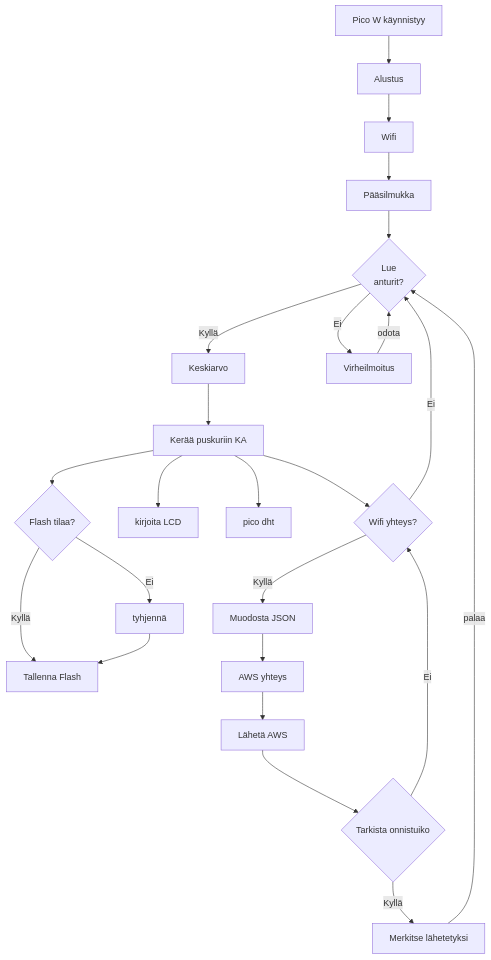
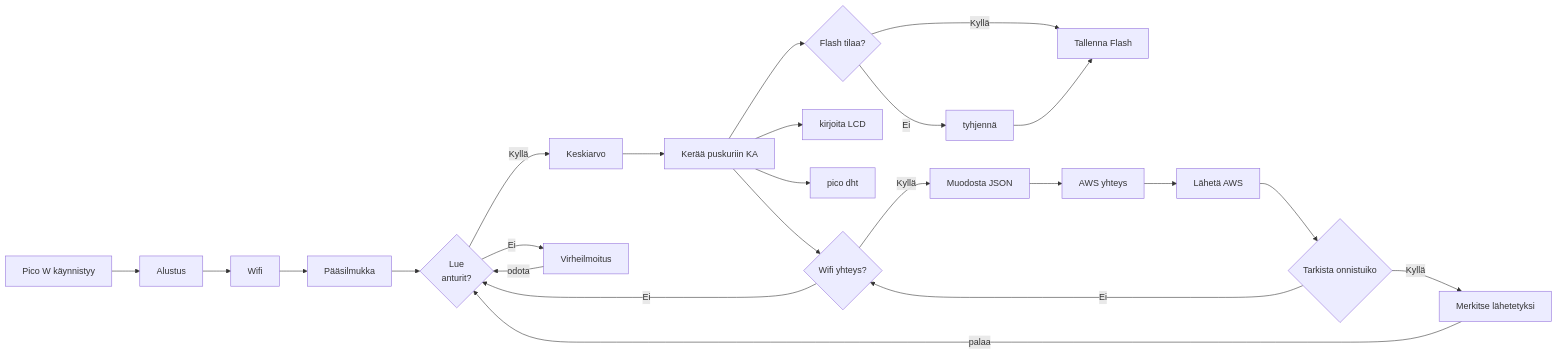
Before and after one commit to nnoaaq/AT00BY06: the diagram in jaana/charts/flowchart_petrin_pico.md, drawn with Mermaid.

Commit message:
Change flowchart direction from TD to LR

````diff
--- a/jaana/charts/flowchart_petrin_pico.md
+++ b/jaana/charts/flowchart_petrin_pico.md
@@ -6,25 +6,25 @@
 ```mermaid
-flowchart TD
+flowchart LR
     A["Pico W käynnistyy"] -->B["Alustus"]
     B -->C["Wifi"]
     C -->D["Pääsilmukka"]
     D -->E{"Lue\nanturit?"} -->|Kyllä| F["Keskiarvo"]
     E -->|Ei| G["Virheilmoitus"]
     G -->|odota|E
     F -->H["Kerää puskuriin KA"]
     H -->I{"Flash tilaa?"}
     I -->|Kyllä| T["Tallenna Flash"]
     I -->|Ei| U["tyhjennä"]
     U -->T
     H -->S["kirjoita LCD"]
     H -->R["pico dht"]
     H -->J{"Wifi yhteys?"}
     J -->|Kyllä| K["Muodosta JSON"]
     J -->|Ei| E
     K -->M["AWS yhteys"]
     M -->N["Lähetä AWS"]
     N -->O{"Tarkista onnistuiko"}
     O -->|Kyllä| P["Merkitse lähetetyksi"]
     O -->|Ei| J
     P -->|palaa| E
 ```
````
